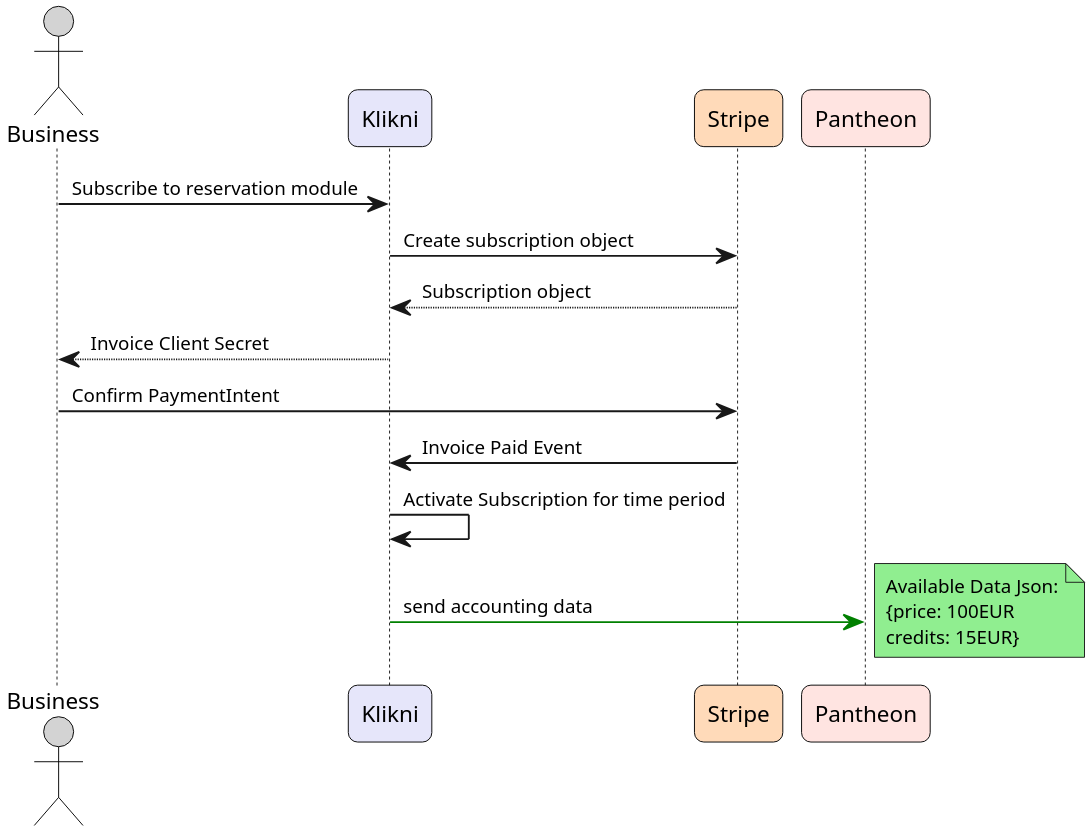
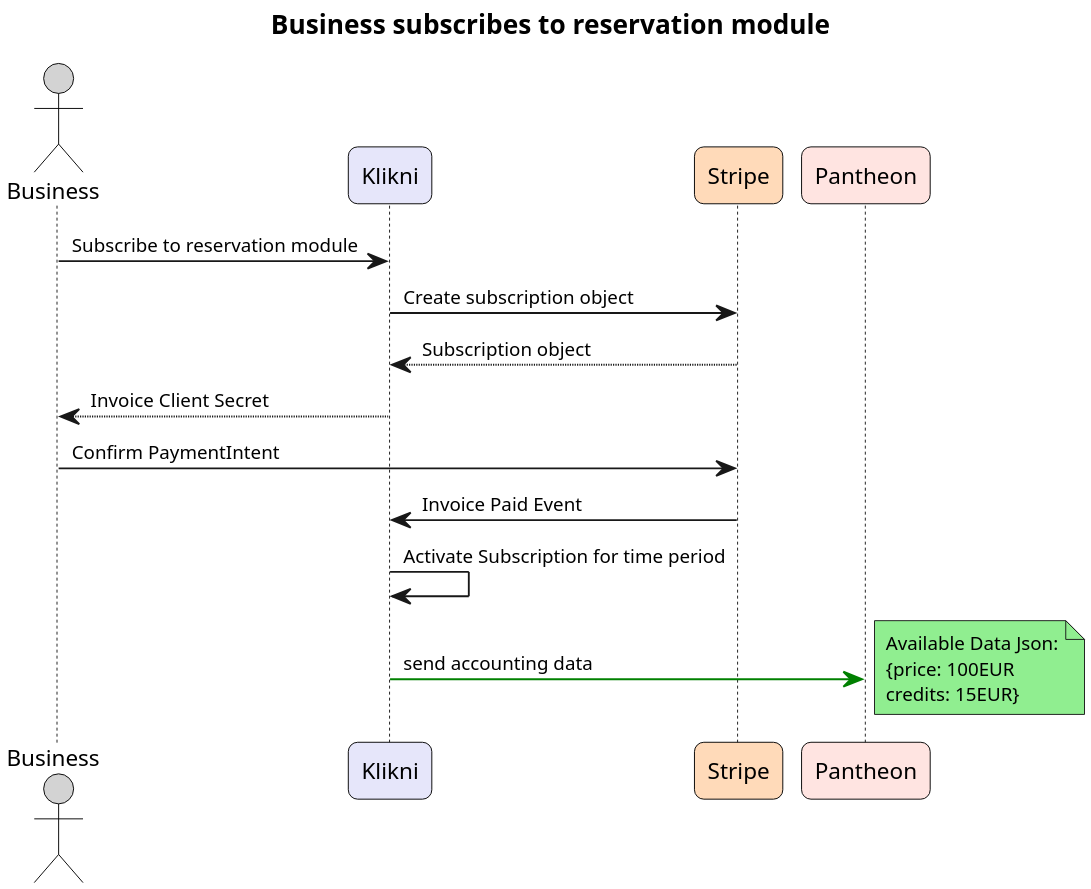
One commit to pbozic/be-analyisis changed the diagram in docs/docs/diagrams/Pantheon/Reservations/ReservationModuleSubscription.puml. Above: the diagram before and after it, drawn with PlantUML. The commit also changed 24 other files, not shown here.

```diff
--- a/docs/docs/diagrams/Pantheon/Reservations/ReservationModuleSubscription.puml
+++ b/docs/docs/diagrams/Pantheon/Reservations/ReservationModuleSubscription.puml
@@ -1,54 +1,55 @@
-@startuml Klikni_Sequence_Diagram
+@startuml ReservartionModuleSubscription
+title Business subscribes to reservation module
 ' === Page / Resolution ===
 skinparam dpi 300
 
 ' === Compact Sequence Styling ===
 skinparam defaultFontSize 10
 skinparam sequence {
     MessageSpacing 15
     ParticipantSpacing 50
 }
 
 ' === Actor / Participant Styling ===
 skinparam actor {
     FontName Arial
     FontSize 12
     BorderColor Black
     BackgroundColor #ADD8E6
     RoundCorner 10
     MinWidth 120
     MinHeight 120
 }
 
 skinparam participant {
     FontName Arial
     FontSize 12
     BorderColor Black
     RoundCorner 10
     MinWidth 140
     MinHeight 100
 }
 
 ' === Participant Colors ===
 actor Business as business #D3D3D3
 participant Klikni as klikni #E6E6FA 
 participant Stripe as stripe #FFDAB9
 participant Pantheon as pantheon #FFE4E1
 
 ' === Sequence Example ===
 business -> klikni: Subscribe to reservation module
 klikni -> stripe: Create subscription object
 klikni <-- stripe: Subscription object
 klikni --> business: Invoice Client Secret
 business -> stripe: Confirm PaymentIntent
 stripe -> klikni: Invoice Paid Event
 klikni -> klikni: Activate Subscription for time period
 
 klikni -[#green]> pantheon: send accounting data
 note right #LightGreen 
 Available Data Json:
 {price: 100EUR
 credits: 15EUR}
 end note
 
 @enduml
```
